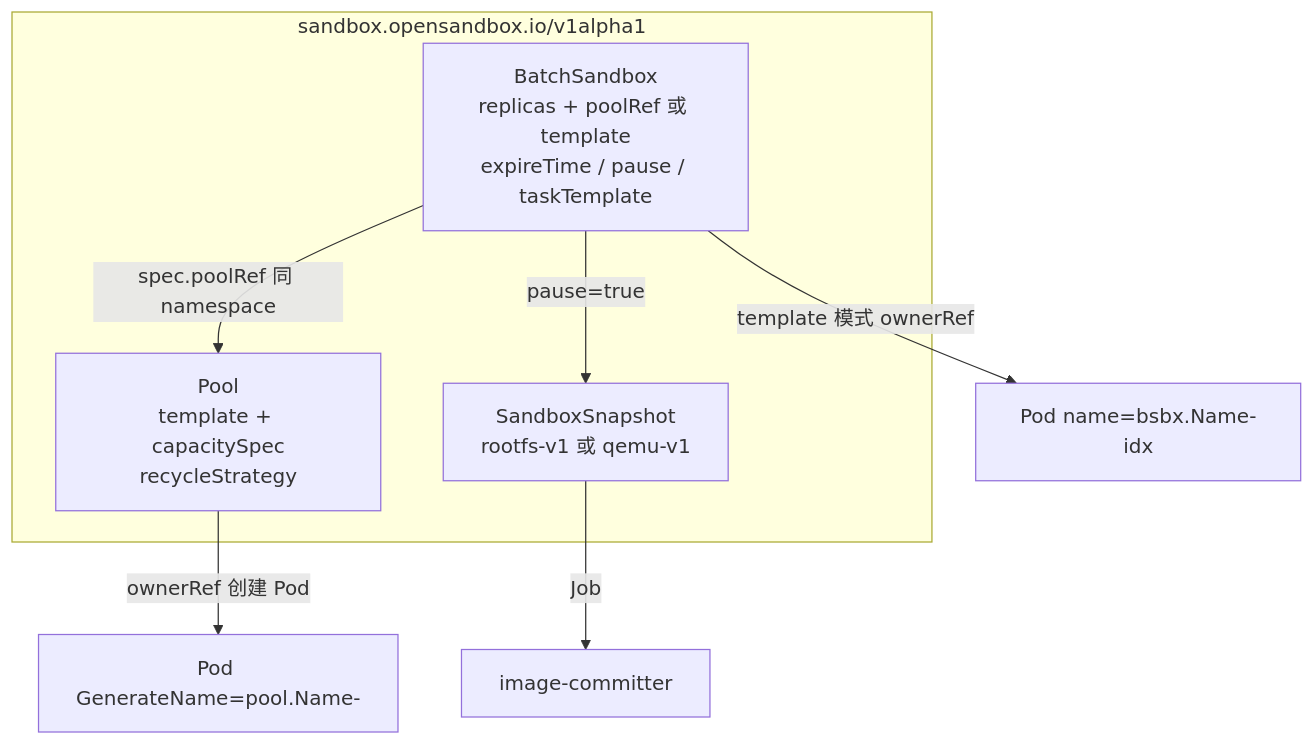
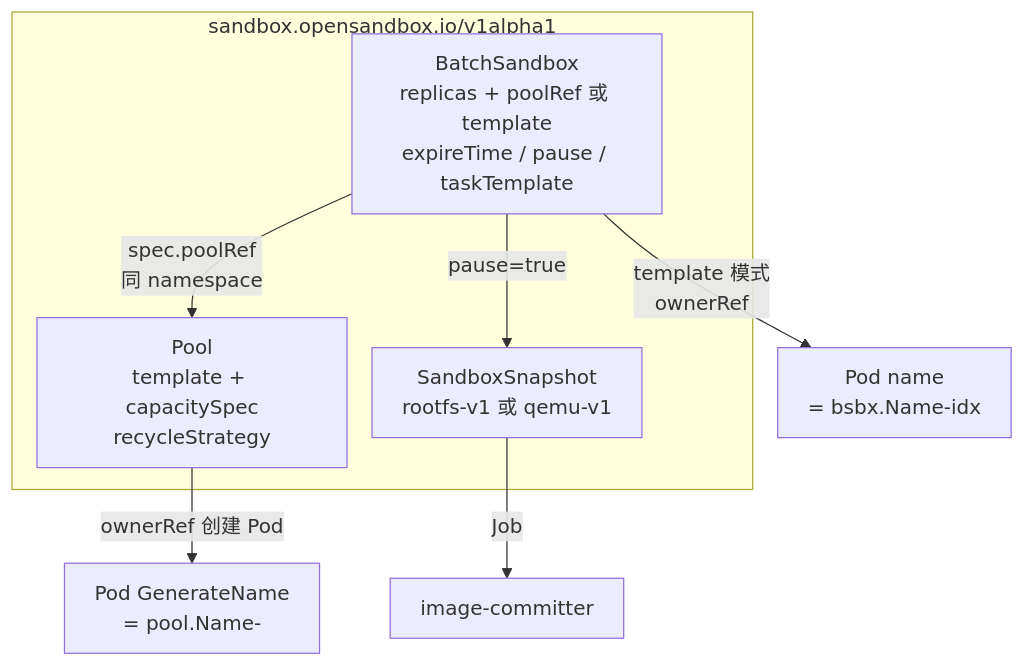
The second of 7 diagrams in docs/opensandbox-operator.md (forrestIsRunning/kind-k8s-learning), drawn with Mermaid before and after one commit. The commit also changed other lines of this file and 2 other files, not shown here.

Commit message:
Stop mermaid diagrams from clipping labels and bottoms.

````diff
--- a/docs/opensandbox-operator.md
+++ b/docs/opensandbox-operator.md
@@ -76,14 +86,24 @@
 ```mermaid
+---
+config:
+  flowchart:
+    htmlLabels: true
+    wrappingWidth: 200
+    padding: 12
+    useMaxWidth: false
+    rankSpacing: 35
+    nodeSpacing: 20
+---
 flowchart TB
   subgraph api["sandbox.opensandbox.io/v1alpha1"]
     P["Pool<br/>template + capacitySpec<br/>recycleStrategy"]
     B["BatchSandbox<br/>replicas + poolRef 或 template<br/>expireTime / pause / taskTemplate"]
     S["SandboxSnapshot<br/>rootfs-v1 或 qemu-v1"]
   end
 
-  B -->|"spec.poolRef 同 namespace"| P
-  P -->|"ownerRef 创建 Pod"| POD["Pod GenerateName=pool.Name-"]
-  B -->|"template 模式 ownerRef"| POD2["Pod name=bsbx.Name-idx"]
+  B -->|"spec.poolRef<br/>同 namespace"| P
+  P -->|"ownerRef 创建 Pod"| POD["Pod GenerateName<br/>= pool.Name-"]
+  B -->|"template 模式<br/>ownerRef"| POD2["Pod name<br/>= bsbx.Name-idx"]
   B -->|"pause=true"| S
   S -->|"Job"| COMMIT["image-committer"]
 ```
````
